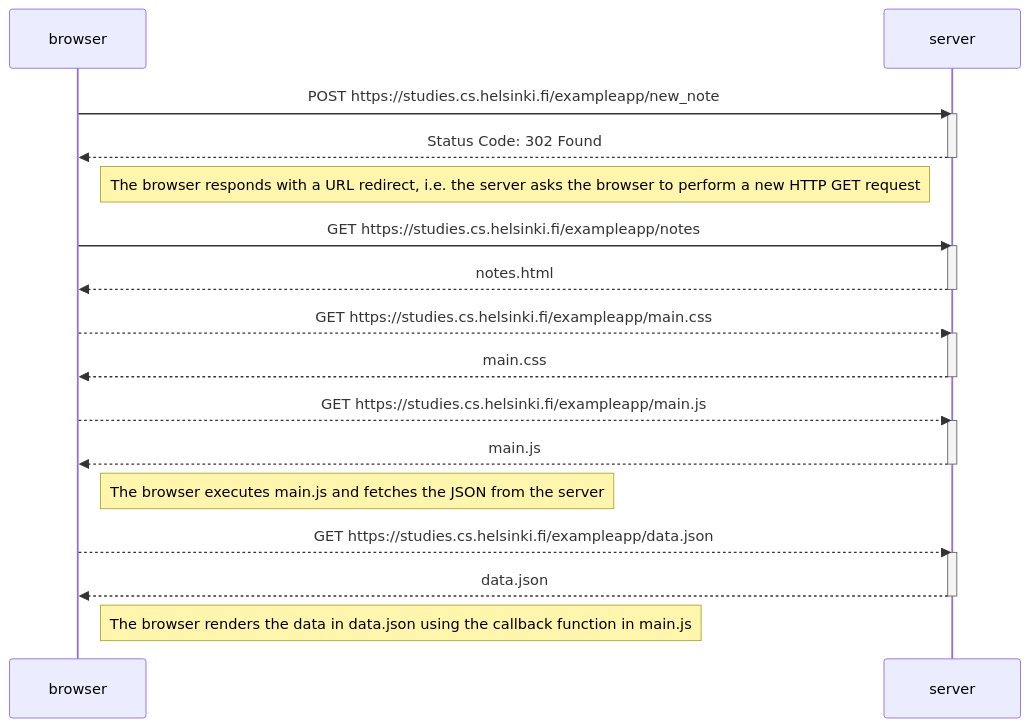
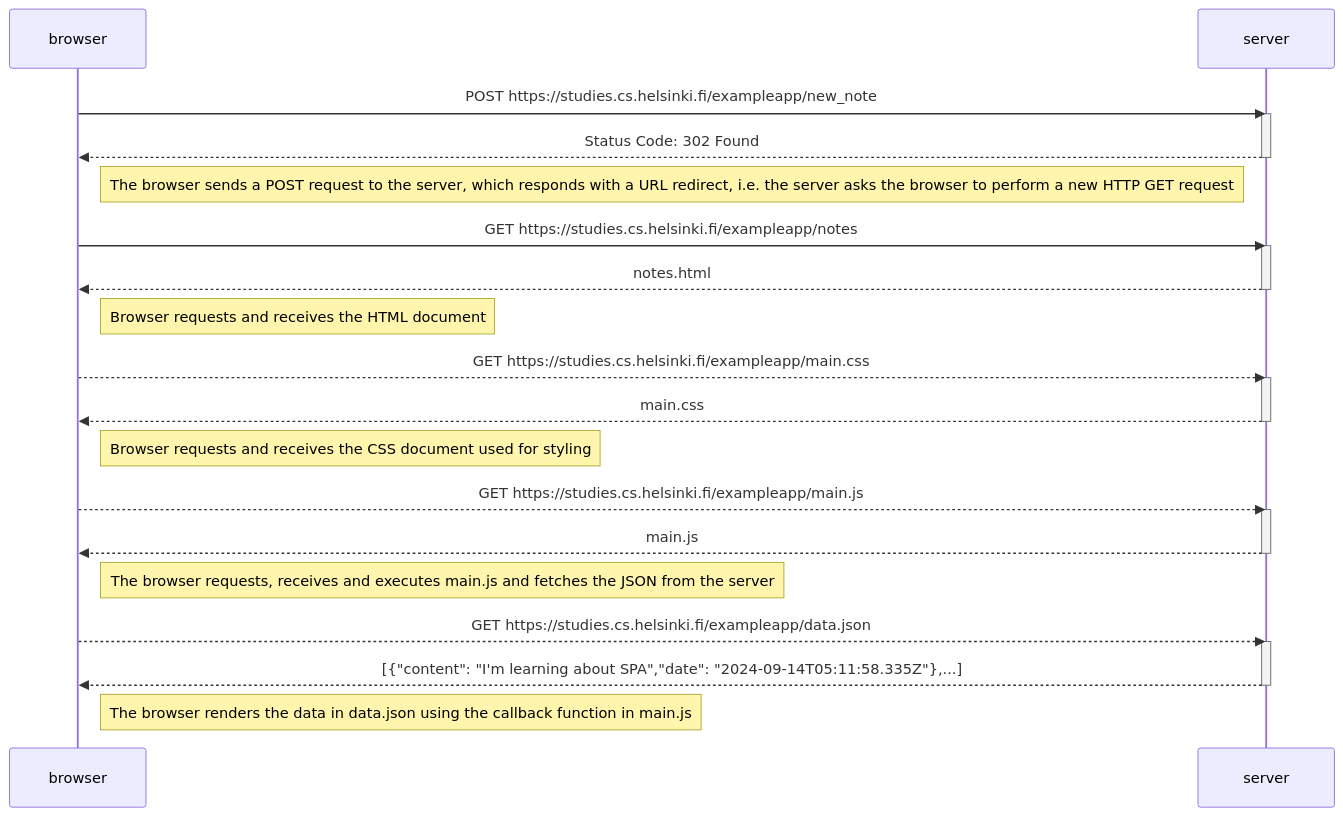
The diagram in part0/0_4_new_note_diagram.md (jaqska/full-stack-open), drawn with Mermaid before and after one commit. The commit also changed 2 other files, not shown here.

Commit message:
added more comments to mermaid diagrams

````diff
--- a/part0/0_4_new_note_diagram.md
+++ b/part0/0_4_new_note_diagram.md
@@ -1,38 +1,42 @@
 ```mermaid
 sequenceDiagram
   participant browser
   participant server
 
   browser->>server: POST https://studies.cs.helsinki.fi/exampleapp/new_note
     activate server
     server-->>browser: Status Code: 302 Found
     deactivate server
 
-    Note right of browser: The browser responds with a URL redirect, i.e. the server asks the browser to perform a new HTTP GET request
+    Note right of browser: The browser sends a POST request to the server, which responds with a URL redirect, i.e. the server asks the browser to perform a new HTTP GET request
 
   browser->>server: GET https://studies.cs.helsinki.fi/exampleapp/notes
     activate server
     server-->>browser: notes.html
     deactivate server
 
+  Note right of browser: Browser requests and receives the HTML document
+
   browser-->>server: GET https://studies.cs.helsinki.fi/exampleapp/main.css
     activate server
     server-->>browser: main.css
     deactivate server
+  
+    Note right of browser: Browser requests and receives the CSS document used for styling
 
   browser-->>server: GET https://studies.cs.helsinki.fi/exampleapp/main.js
     activate server
     server-->>browser: main.js
     deactivate server
 
-    Note right of browser: The browser executes main.js and fetches the JSON from the server
+    Note right of browser: The browser requests, receives and executes main.js and fetches the JSON from the server
 
   browser-->>server: GET https://studies.cs.helsinki.fi/exampleapp/data.json
     activate server
-    server-->>browser: data.json
+    server-->>browser: [{"content": "I'm learning about SPA","date": "2024-09-14T05:11:58.335Z"},...]
     deactivate server
 
     Note right of browser: The browser renders the data in data.json using the callback function in main.js
 
 
 ```
````
